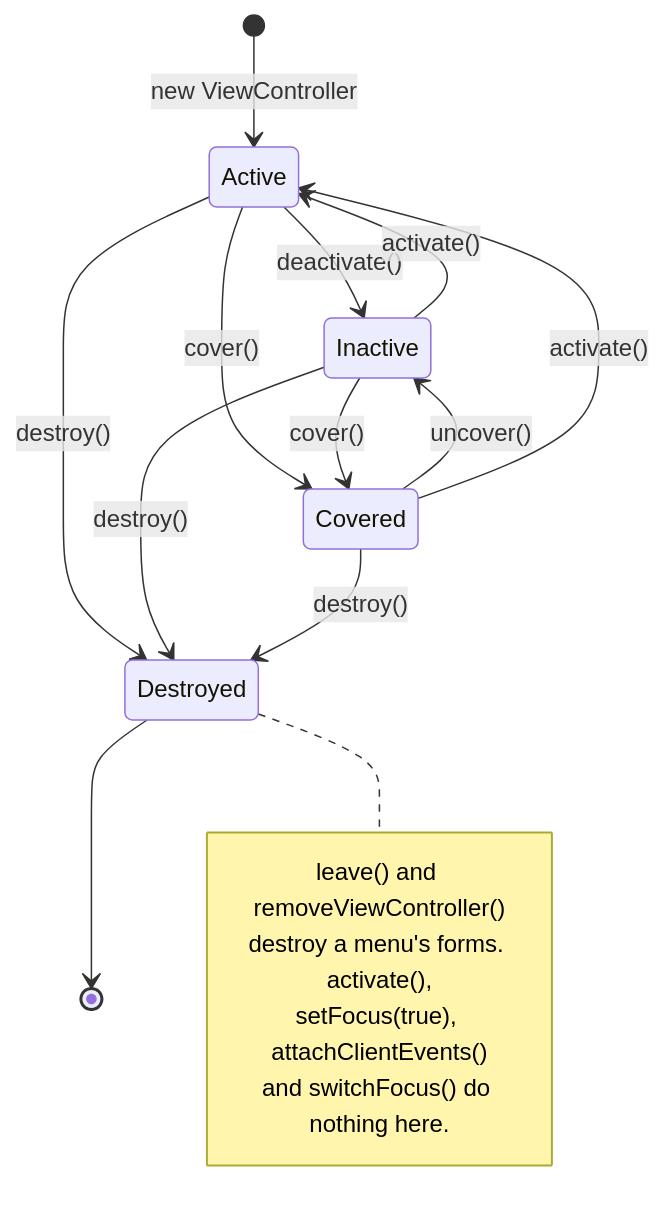
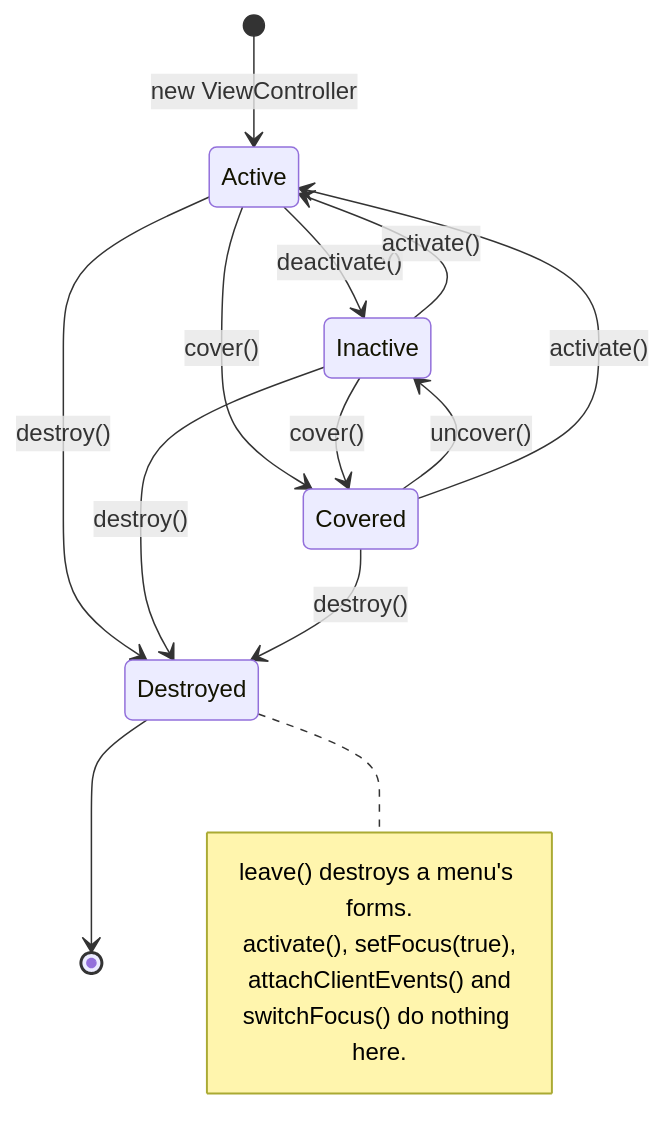
One commit to NuSkooler/enigma-bbs changed the second of 2 diagrams in website/src/content/docs/art/views/views.md. Above: the diagram before and after it, drawn with Mermaid. The commit also changed other lines of this file and 3 other files, not shown here.

Commit message:
docs(views): removeViewController unchanged, coverScreen scope, pauseWhenInactive scope

````diff
--- a/website/src/content/docs/art/views/views.md
+++ b/website/src/content/docs/art/views/views.md
@@ -477,20 +477,20 @@
 ```mermaid
 stateDiagram-v2
     [*] --> Active: new ViewController
     Active --> Inactive: deactivate()
     Inactive --> Active: activate()
     Active --> Covered: cover()
     Inactive --> Covered: cover()
     Covered --> Inactive: uncover()
     Covered --> Active: activate()
     Active --> Destroyed: destroy()
     Inactive --> Destroyed: destroy()
     Covered --> Destroyed: destroy()
     Destroyed --> [*]
     note right of Destroyed
-        leave() and removeViewController()
-        destroy a menu's forms. activate(),
-        setFocus(true), attachClientEvents()
-        and switchFocus() do nothing here.
+        leave() destroys a menu's forms.
+        activate(), setFocus(true),
+        attachClientEvents() and
+        switchFocus() do nothing here.
     end note
 ```
````
